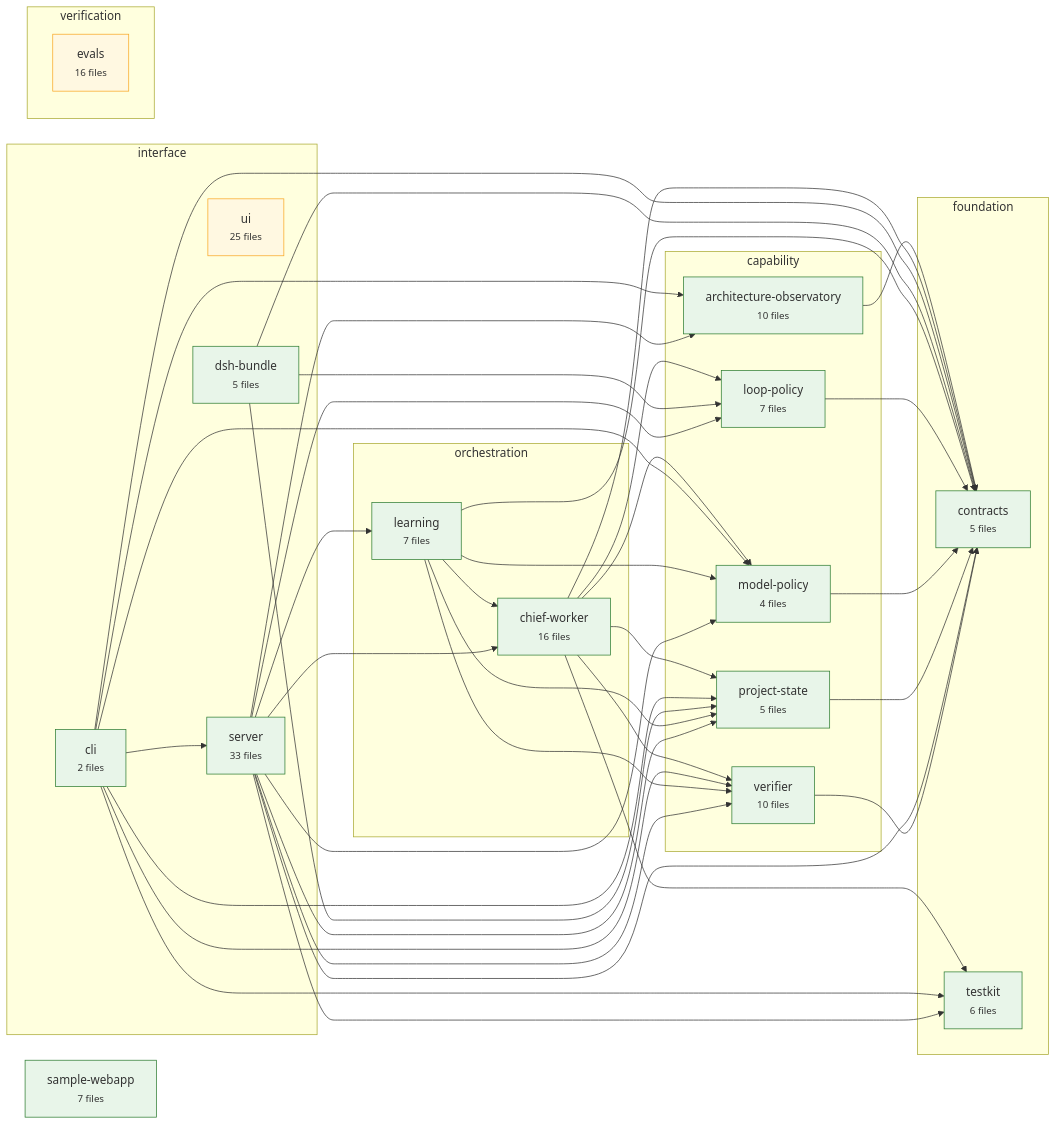
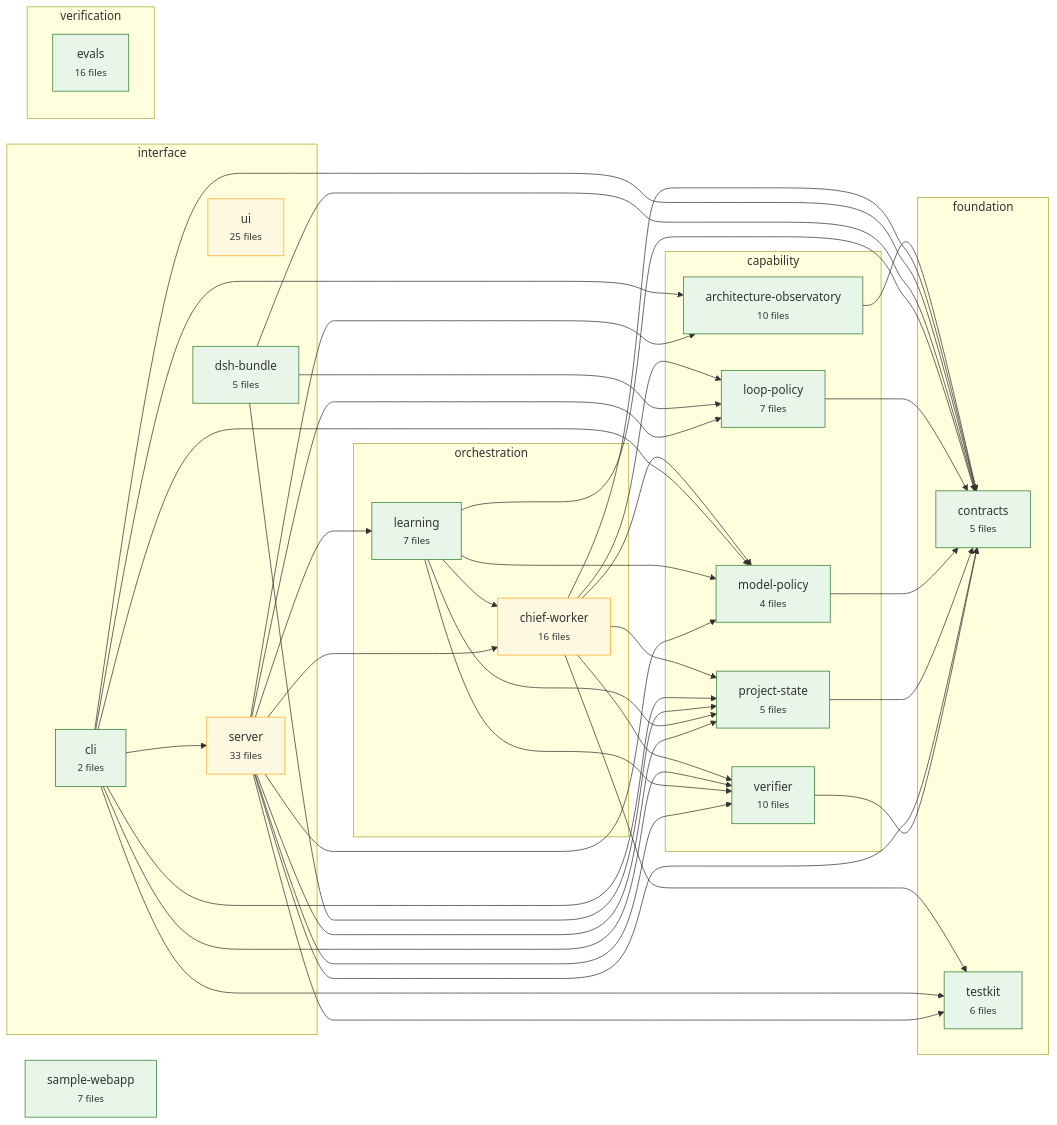
Before and after one commit to CharAzinabulu0079/dgx-super-agent: the diagram in .architecture/graph.mmd, drawn with Mermaid. The commit also changed 9 other files, not shown here.

```diff
--- a/.architecture/graph.mmd
+++ b/.architecture/graph.mmd
@@ -1,81 +1,81 @@
 flowchart LR
   subgraph layer_foundation["foundation"]
     contracts["contracts<br/><small>5 files</small>"]
     testkit["testkit<br/><small>6 files</small>"]
   end
   subgraph layer_capability["capability"]
     project_state["project-state<br/><small>5 files</small>"]
     verifier["verifier<br/><small>10 files</small>"]
     loop_policy["loop-policy<br/><small>7 files</small>"]
     model_policy["model-policy<br/><small>4 files</small>"]
     architecture_observatory["architecture-observatory<br/><small>10 files</small>"]
   end
   subgraph layer_orchestration["orchestration"]
     learning["learning<br/><small>7 files</small>"]
     chief_worker["chief-worker<br/><small>16 files</small>"]
   end
   subgraph layer_interface["interface"]
     server["server<br/><small>33 files</small>"]
     cli["cli<br/><small>2 files</small>"]
     ui["ui<br/><small>25 files</small>"]
     dsh_bundle["dsh-bundle<br/><small>5 files</small>"]
   end
   subgraph layer_verification["verification"]
     evals["evals<br/><small>16 files</small>"]
   end
   sample_webapp["sample-webapp<br/><small>7 files</small>"]
   architecture_observatory --> contracts
   chief_worker --> contracts
   chief_worker --> loop_policy
   chief_worker --> model_policy
   chief_worker --> project_state
   chief_worker --> testkit
   chief_worker --> verifier
   cli --> architecture_observatory
   cli --> contracts
   cli --> model_policy
   cli --> project_state
   cli --> server
   cli --> testkit
   cli --> verifier
   dsh_bundle --> contracts
   dsh_bundle --> loop_policy
   dsh_bundle --> project_state
   learning --> chief_worker
   learning --> contracts
   learning --> model_policy
   learning --> project_state
   learning --> verifier
   loop_policy --> contracts
   model_policy --> contracts
   project_state --> contracts
   server --> architecture_observatory
   server --> chief_worker
   server --> contracts
   server --> learning
   server --> loop_policy
   server --> model_policy
   server --> project_state
   server --> testkit
   server --> verifier
   verifier --> contracts
   classDef stable fill:#e8f5e9,stroke:#2e7d32
   classDef changing fill:#fff8e1,stroke:#f9a825
   classDef worker_active fill:#e3f2fd,stroke:#1565c0
   classDef gate_failed fill:#ffebee,stroke:#c62828
   classDef protected stroke:#6a1b9a,stroke-width:3px
   class contracts stable
   class testkit stable
   class project_state stable
   class verifier stable
   class loop_policy stable
   class model_policy stable
   class architecture_observatory stable
   class learning stable
-  class chief_worker stable
-  class server stable
+  class chief_worker changing
+  class server changing
   class cli stable
   class ui changing
   class dsh_bundle stable
-  class evals changing
+  class evals stable
   class sample_webapp stable
```
